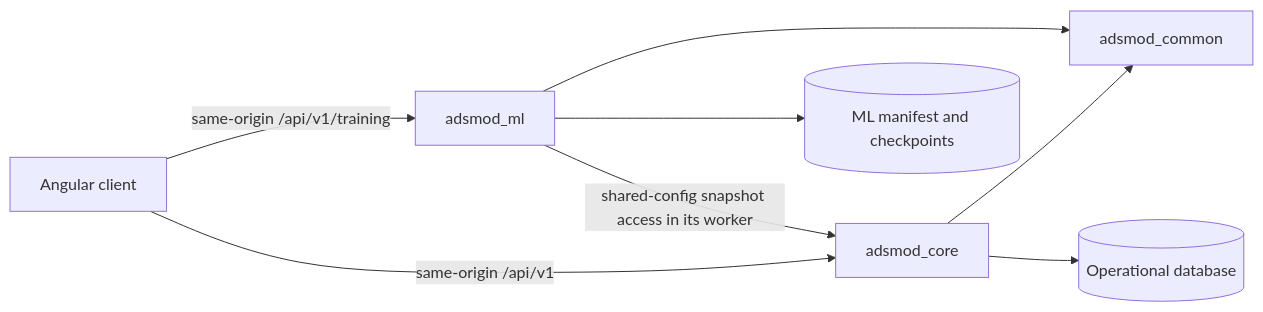
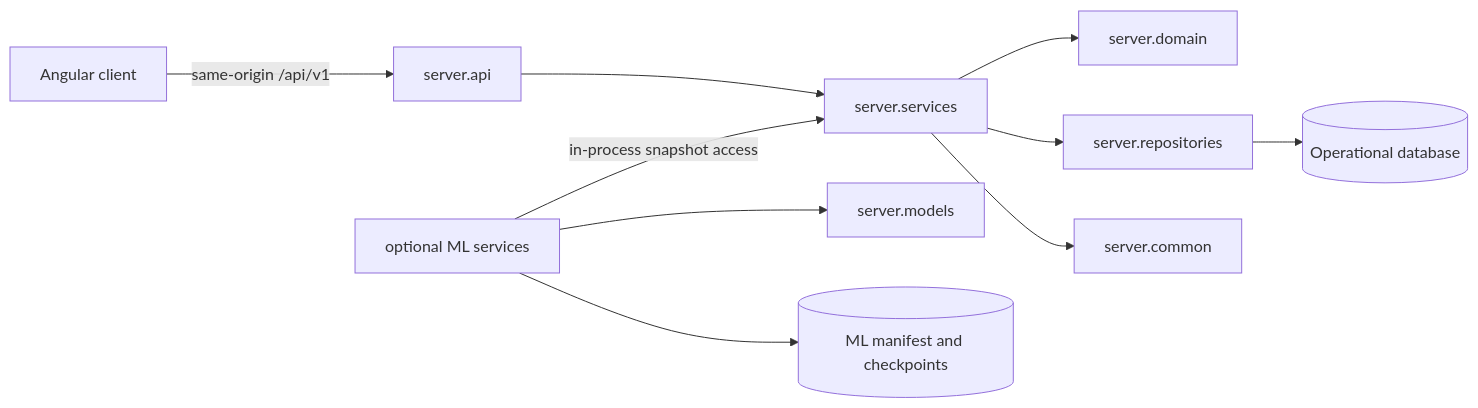
The diagram in assets/docs/architecture/service_boundaries.md (CTCycle/ADSMOD-Adsorption-Modeling), drawn with Mermaid before and after one commit. The commit also changed other lines of this file and 13 other files, not shown here.

Commit message:
chore(server): align tooling and architecture docs

````diff
--- a/assets/docs/architecture/service_boundaries.md
+++ b/assets/docs/architecture/service_boundaries.md
@@ -5,10 +5,12 @@
 ```mermaid
 flowchart LR
-    UI[Angular client] -->|same-origin /api/v1| Core[adsmod_core]
-    UI -->|same-origin /api/v1/training| ML[adsmod_ml]
-    Core --> Common[adsmod_common]
-    ML --> Common
-    Core --> DB[(Operational database)]
-    ML -->|shared-config snapshot access in its worker| Core
+    UI[Angular client] -->|same-origin /api/v1| API[server.api]
+    API --> Services[server.services]
+    Services --> Domain[server.domain]
+    Services --> Repositories[server.repositories]
+    Repositories --> DB[(Operational database)]
+    ML[optional ML services] --> Models[server.models]
+    ML -->|in-process snapshot access| Services
     ML --> Artifacts[(ML manifest and checkpoints)]
+    Services --> Common[server.common]
 ```
````
